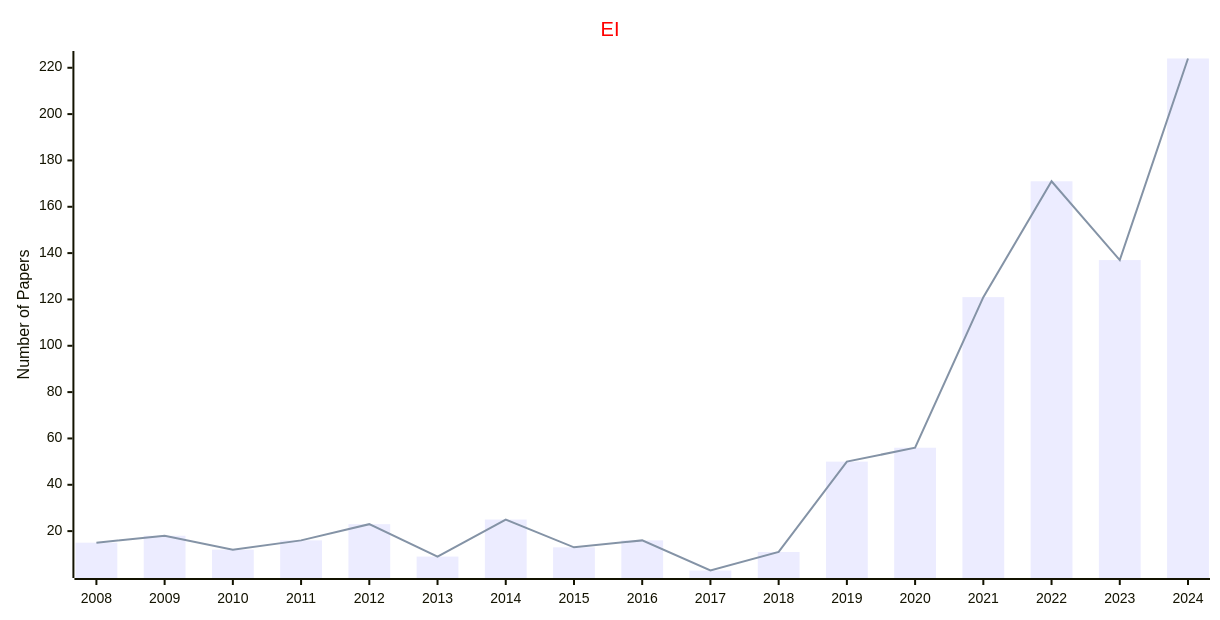
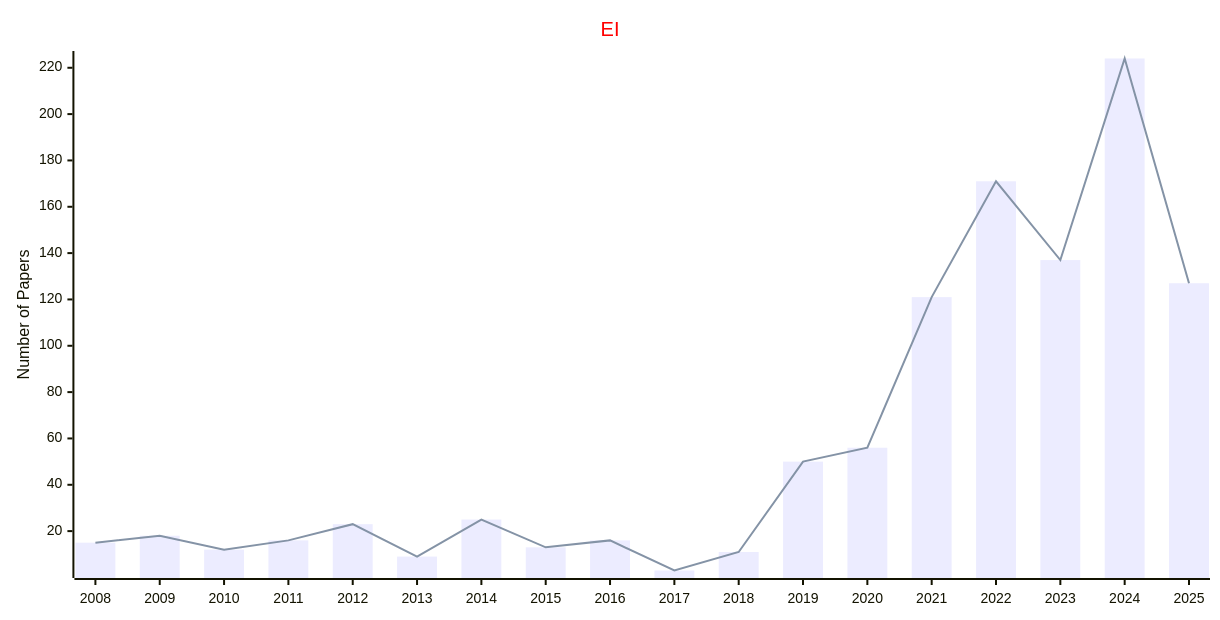
One commit to Easy-PhD/AILinks changed the ninth of 15 diagrams in docs/data/Journals/Statistics_Journals/Evolutionary_Computation.md. Above: the diagram before and after it, drawn with Mermaid. The commit also changed other lines of this file and 107 other files, not shown here.

````diff
--- a/docs/data/Journals/Statistics_Journals/Evolutionary_Computation.md
+++ b/docs/data/Journals/Statistics_Journals/Evolutionary_Computation.md
@@ -201,17 +201,17 @@
 ```mermaid
 ---
 config:
     xyChart:
         width: 1200
         height: 600
     themeVariables:
         xyChart:
             titleColor: "#ff0000"
 ---
 xychart-beta
     title "EI"
-    x-axis [2008, 2009, 2010, 2011, 2012, 2013, 2014, 2015, 2016, 2017, 2018, 2019, 2020, 2021, 2022, 2023, 2024]
+    x-axis [2008, 2009, 2010, 2011, 2012, 2013, 2014, 2015, 2016, 2017, 2018, 2019, 2020, 2021, 2022, 2023, 2024, 2025]
     y-axis "Number of Papers"
-    bar [15, 18, 12, 16, 23, 9, 25, 13, 16, 3, 11, 50, 56, 121, 171, 137, 224]
-    line [15, 18, 12, 16, 23, 9, 25, 13, 16, 3, 11, 50, 56, 121, 171, 137, 224]
+    bar [15, 18, 12, 16, 23, 9, 25, 13, 16, 3, 11, 50, 56, 121, 171, 137, 224, 127]
+    line [15, 18, 12, 16, 23, 9, 25, 13, 16, 3, 11, 50, 56, 121, 171, 137, 224, 127]
 ```
````
